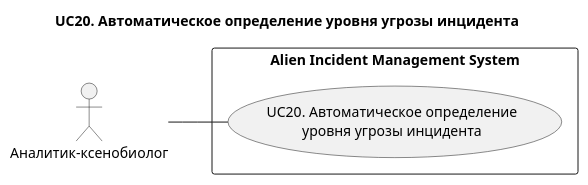
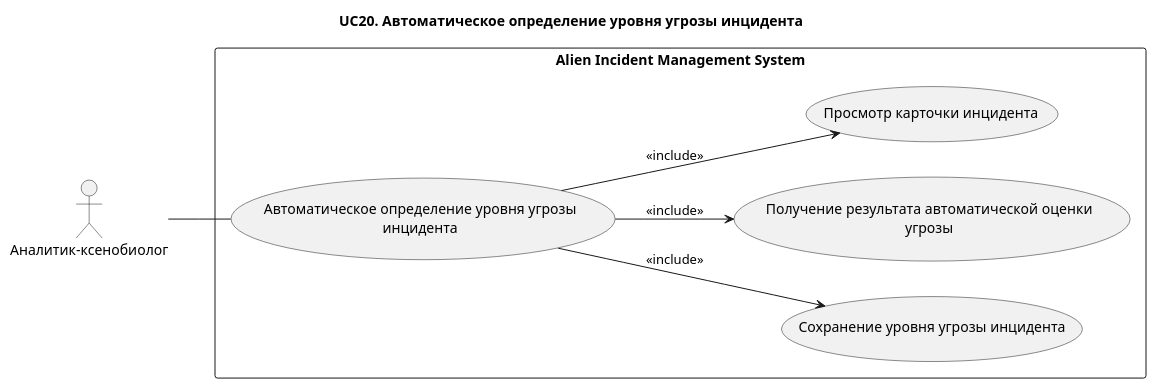
The diagram in docs/use-case/UC20.md (Andryss/AIMS), drawn with PlantUML before and after one commit. The commit also changed other lines of this file and 23 other files, not shown here.

Commit message:
docs: refine use-case diagrams and centralize rendering commands

````diff
--- a/docs/use-case/UC20.md
+++ b/docs/use-case/UC20.md
@@ -3,15 +5,25 @@
 ```plantuml
 @startuml
 title UC20. Автоматическое определение уровня угрозы инцидента
 left to right direction
 
 actor "Аналитик-ксенобиолог" as Analyst
 
 rectangle "Alien Incident Management System" {
-  usecase "UC20. Автоматическое определение\nуровня угрозы инцидента" as UC20
+
+(Автоматическое определение уровня угрозы\nинцидента) as UC11
+
+(Сохранение уровня угрозы инцидента) as UC115
+(Получение результата автоматической оценки\nугрозы) as UC114
+(Просмотр карточки инцидента) as UC111
+
 }
 
-Analyst -- UC20
+Analyst -- UC11
+
+UC11 --> UC111 : <<include>>
+UC11 --> UC114 : <<include>>
+UC11 --> UC115 : <<include>>
 
 @enduml
 ```
````
